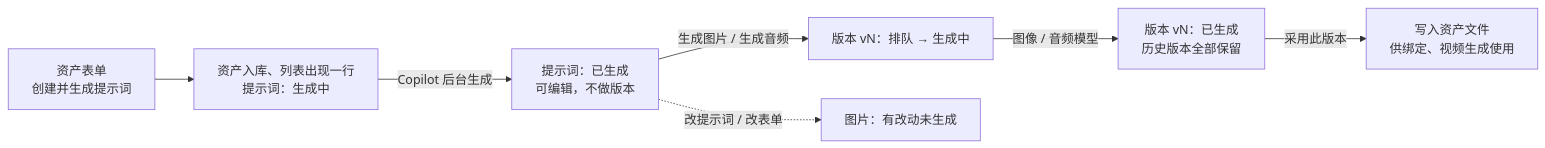
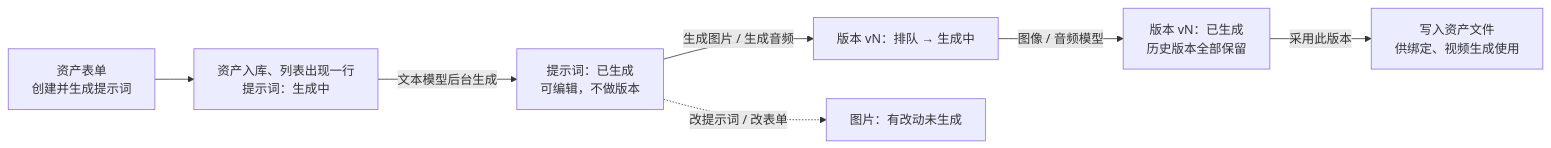
One commit to sengbin/ai-video-studio changed the sixth of 11 diagrams in docs/ARCHITECTURE.md. Above: the diagram before and after it, drawn with Mermaid. The commit also changed other lines of this file and 97 other files, not shown here.

````diff
--- a/docs/ARCHITECTURE.md
+++ b/docs/ARCHITECTURE.md
@@ -478,9 +488,9 @@
 ```mermaid
 flowchart LR
   F["资产表单<br/>创建并生成提示词"] --> A["资产入库、列表出现一行<br/>提示词：生成中"]
-  A -->|Copilot 后台生成| B["提示词：已生成<br/>可编辑，不做版本"]
+  A -->|文本模型后台生成| B["提示词：已生成<br/>可编辑，不做版本"]
   B -->|"生成图片 / 生成音频"| C["版本 vN：排队 → 生成中"]
   C -->|图像 / 音频模型| D["版本 vN：已生成<br/>历史版本全部保留"]
   D -->|"采用此版本"| E["写入资产文件<br/>供绑定、视频生成使用"]
   B -.->|"改提示词 / 改表单"| G["图片：有改动未生成"]
 ```
````
